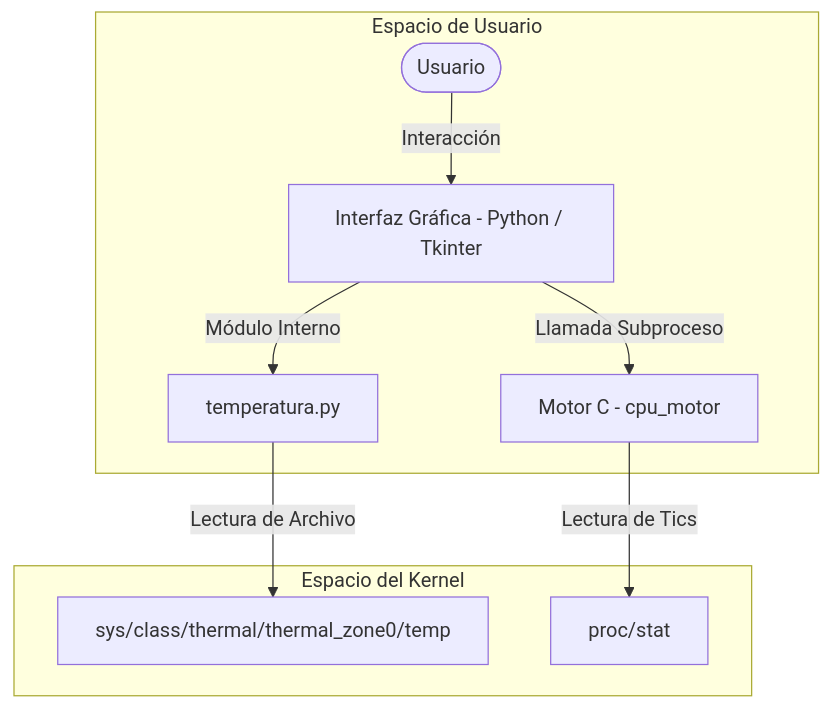
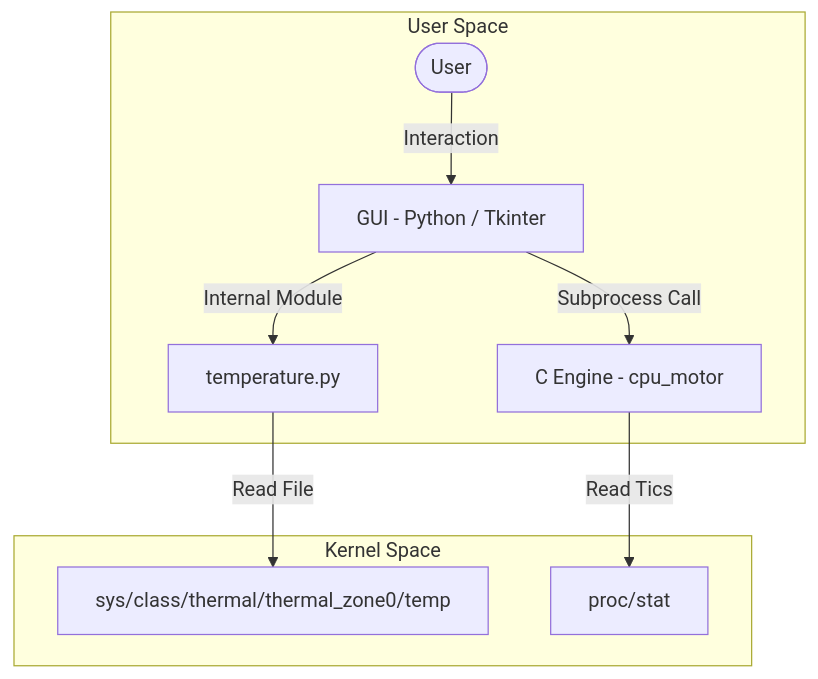
The diagram in README.md (RaulSalasSahuquillo/linux-system-monitor), drawn with Mermaid before and after one commit. The commit also changed other lines of this file and 8 other files, not shown here.

````diff
--- a/README.md
+++ b/README.md
@@ -22,13 +27,13 @@
 ```mermaid
 graph TD
-    subgraph Espacio de Usuario
-        Usuario([Usuario]) -->|Interacción| GUI[Interfaz Gráfica - Python / Tkinter]
-        GUI -->|Módulo Interno| TempMod[temperatura.py]
-        GUI -->|Llamada Subproceso| CPUMotor[Motor C - cpu_motor]
+    subgraph User Space
+        User([User]) -->|Interaction| GUI[GUI - Python / Tkinter]
+        GUI -->|Internal Module| TempMod[temperature.py]
+        GUI -->|Subprocess Call| CPUMotor[C Engine - cpu_motor]
     end
 
-    subgraph Espacio del Kernel
-        TempMod -->|Lectura de Archivo| SysThermal[sys/class/thermal/thermal_zone0/temp]
-        CPUMotor -->|Lectura de Tics| ProcStat[proc/stat]
+    subgraph Kernel Space
+        TempMod -->|Read File| SysThermal[sys/class/thermal/thermal_zone0/temp]
+        CPUMotor -->|Read Tics| ProcStat[proc/stat]
     end
 ```
````
